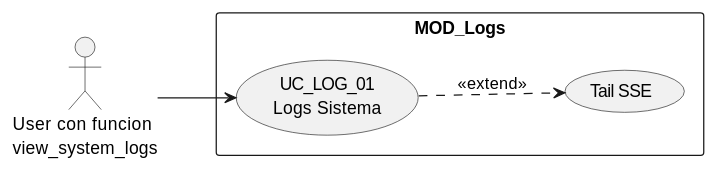
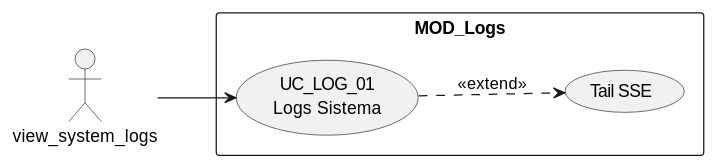
One commit to jcg-admin/IACT-docs changed the first of 4 diagrams in source/requisitos/casos-uso/logs/uc-log-01/diagramas-uml.rst. Above: the diagram before and after it, drawn with PlantUML. The commit also changed 77 other files, not shown here.

First line of the commit message:
Enforce RBAC function names as actors in all UML diagrams

```diff
--- a/source/requisitos/casos-uso/logs/uc-log-01/diagramas-uml.rst
+++ b/source/requisitos/casos-uso/logs/uc-log-01/diagramas-uml.rst
@@ -10,12 +10,12 @@
 .. uml::
 
  @startuml
  left to right direction
- actor "User con funcion\nview_system_logs" as USR
+ actor "view_system_logs" as USR
  rectangle "MOD_Logs" {
    usecase "UC_LOG_01\nLogs Sistema" as UC01
    usecase "Tail SSE" as T
  }
  USR --> UC01
  UC01 ..> T : <<extend>>
  @enduml
```
